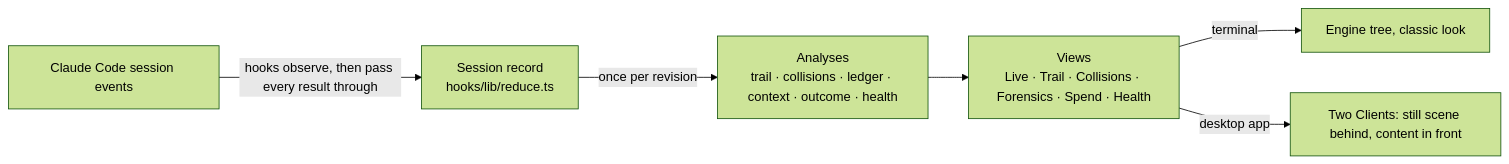
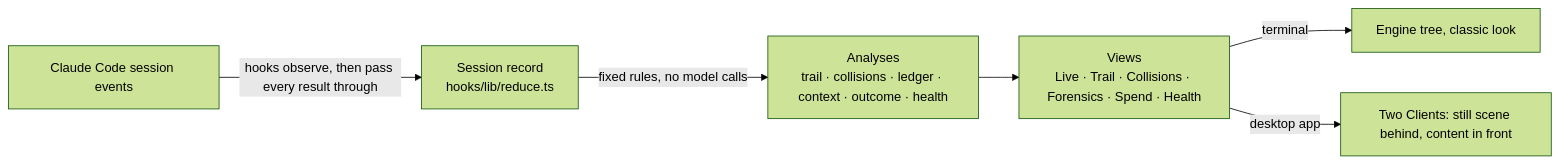
Before and after one commit to agryu-in/swarm-autopsy-claude-mod: the diagram in docs/TECHNICAL.md, drawn with Mermaid (forest theme). The commit also changed other lines of this file and 1 other file, not shown here.

````diff
--- a/docs/TECHNICAL.md
+++ b/docs/TECHNICAL.md
@@ -44,8 +44,8 @@
 ```mermaid
 flowchart LR
   E["Claude Code session events"] -->|"hooks observe, then pass every result through"| R["Session record<br/>hooks/lib/reduce.ts"]
-  R -->|"once per revision"| A["Analyses<br/>trail · collisions · ledger · context · outcome · health"]
+  R -->|"fixed rules, no model calls"| A["Analyses<br/>trail · collisions · ledger · context · outcome · health"]
   A --> V["Views<br/>Live · Trail · Collisions · Forensics · Spend · Health"]
   V -->|terminal| T["Engine tree, classic look"]
   V -->|"desktop app"| D["Two Clients: still scene behind, content in front"]
 ```
````
